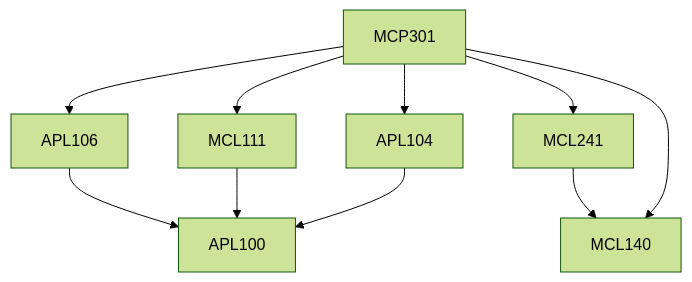
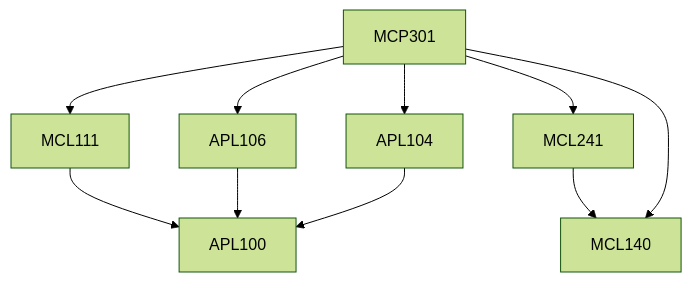
One commit to KeshavBansal0122/CoS_Website changed the diagram in content/Mechanical Engineering/MCP301.md. Above: the diagram before and after it, drawn with Mermaid (forest theme). The commit also changed other lines of this file and 2662 other files, not shown here.

````diff
--- a/content/Mechanical Engineering/MCP301.md
+++ b/content/Mechanical Engineering/MCP301.md
@@ -13,16 +13,16 @@
 ```mermaid
 flowchart TD
 MCP301-472[MCP301]
+MCP301-472 --> APL106-472[APL106]
+MCP301-472 --> MCL241-472[MCL241]
+MCL241-472 --> MCL140-472[MCL140]
+MCL111-472 --> APL100-472[APL100]
 MCP301-472 --> APL104-472[APL104]
 APL106-472 --> APL100-472[APL100]
-MCL241-472 --> MCL140-472[MCL140]
-MCP301-472 --> APL106-472[APL106]
-MCL111-472 --> APL100-472[APL100]
-MCP301-472 --> MCL241-472[MCL241]
+APL104-472 --> APL100-472[APL100]
 MCP301-472 --> MCL111-472[MCL111]
 MCP301-472 --> MCL140-472[MCL140]
-APL104-472 --> APL100-472[APL100]
 
 classDef empty height:17px, fill:transparent, stroke:transparent;
 classDef trueEmpty height:0px, width:0px;
 ```
````
